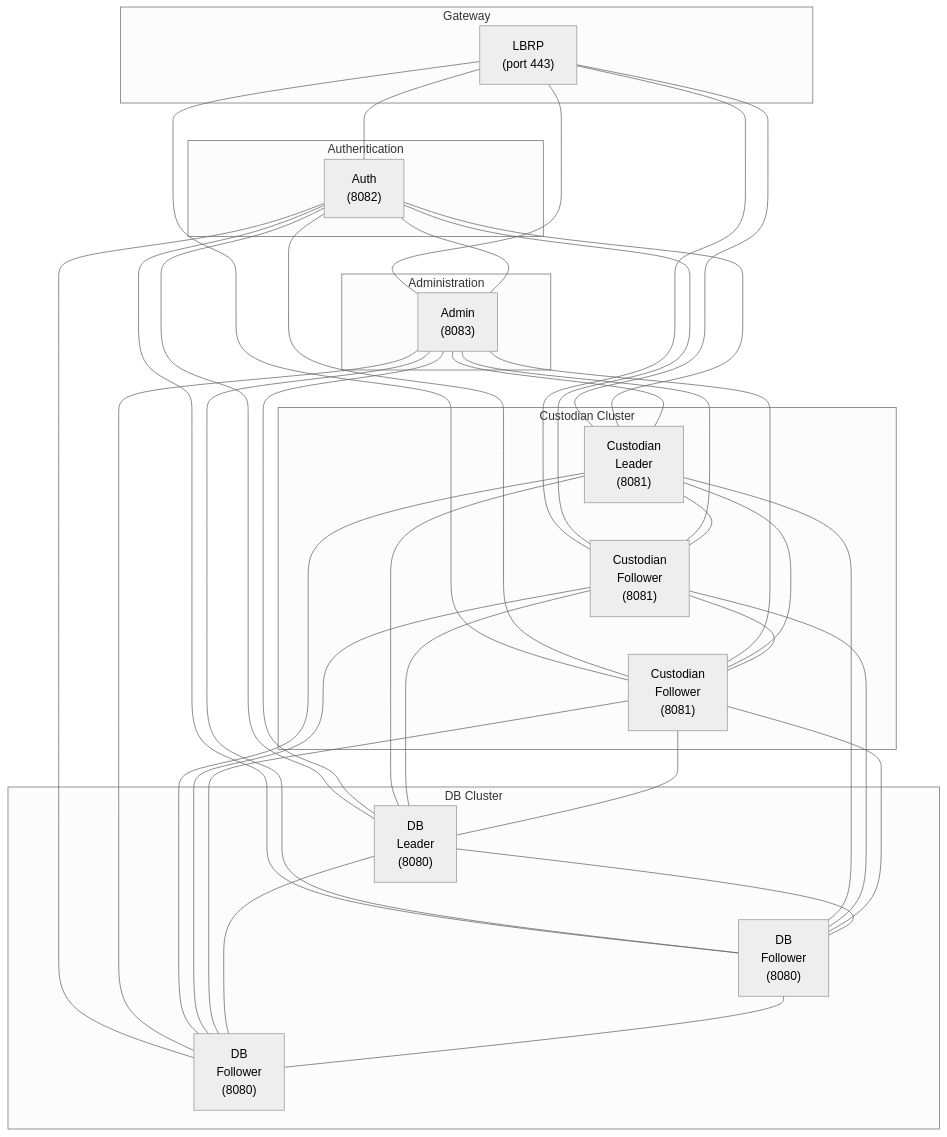
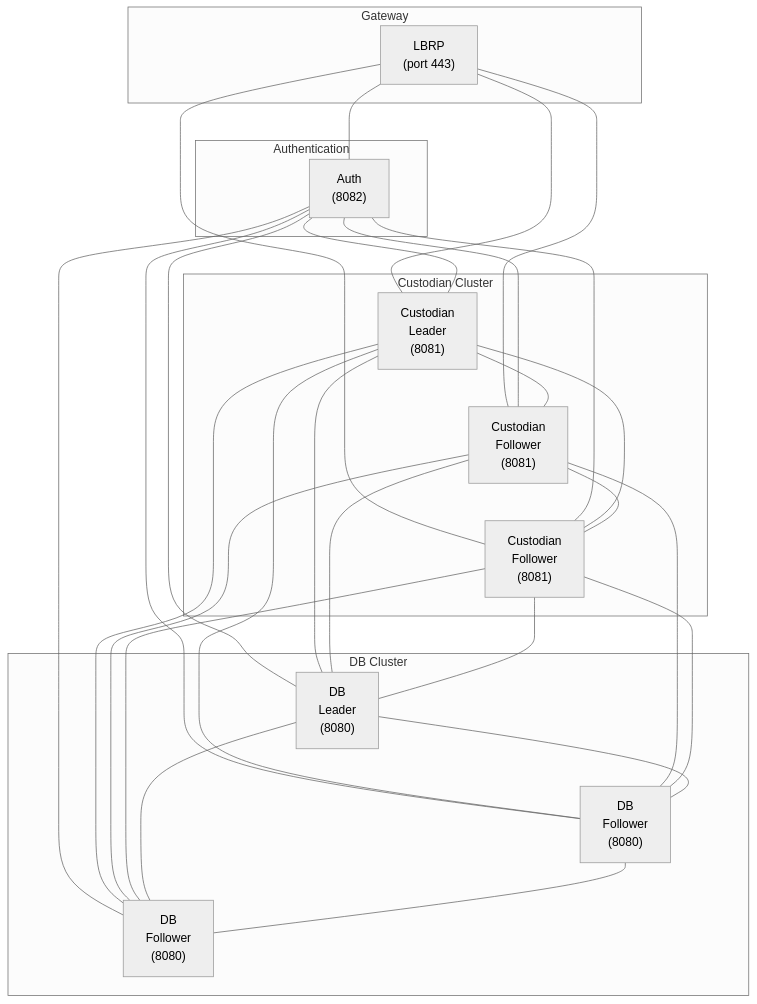
The first of 3 diagrams in ARCHITECTURE.md (JonathanMcCormickJr/ngi), drawn with Mermaid (neutral theme) before and after one commit. The commit also changed other lines of this file and 3 other files, not shown here.

````diff
--- a/ARCHITECTURE.md
+++ b/ARCHITECTURE.md
@@ -672,68 +672,55 @@
 ```mermaid
 graph TD
   subgraph Gateway
     LBRP["LBRP<br/>(port 443)"]
   end
 
   subgraph Authentication
     Auth["Auth<br/>(8082)"]
-  end
-
-  subgraph Administration
-    Admin["Admin<br/>(8083)"]
   end
 
   subgraph "Custodian Cluster"
     CustLeader["Custodian<br/>Leader<br/>(8081)"]
     CustFollower1["Custodian<br/>Follower<br/>(8081)"]
     CustFollower2["Custodian<br/>Follower<br/>(8081)"]
   end
 
   subgraph "DB Cluster"
     DBLeader["DB<br/>Leader<br/>(8080)"]
     DBFollower1["DB<br/>Follower<br/>(8080)"]
     DBFollower2["DB<br/>Follower<br/>(8080)"]
   end
 
   LBRP --- Auth
-  LBRP --- Admin
   LBRP --- CustLeader
   LBRP --- CustFollower1
   LBRP --- CustFollower2
 
-  Auth --- Admin
   Auth --- CustLeader
   Auth --- CustFollower1
   Auth --- CustFollower2
   Auth --- DBLeader
   Auth --- DBFollower1
   Auth --- DBFollower2
-
-  Admin --- CustLeader
-  Admin --- CustFollower1
-  Admin --- CustFollower2
-  Admin --- DBLeader
-  Admin --- DBFollower1
-  Admin --- DBFollower2
 
   CustLeader --- CustFollower1
   CustLeader --- CustFollower2
   CustLeader --- DBLeader
   CustLeader --- DBFollower1
   CustLeader --- DBFollower2
 
   CustFollower1 --- CustFollower2
   CustFollower1 --- DBLeader
   CustFollower1 --- DBFollower1
   CustFollower1 --- DBFollower2
 
   CustFollower2 --- DBLeader
   CustFollower2 --- DBFollower1
   CustFollower2 --- DBFollower2
 
   DBLeader --- DBFollower1
   DBLeader --- DBFollower2
 
   DBFollower1 --- DBFollower2
 
 ```
````
